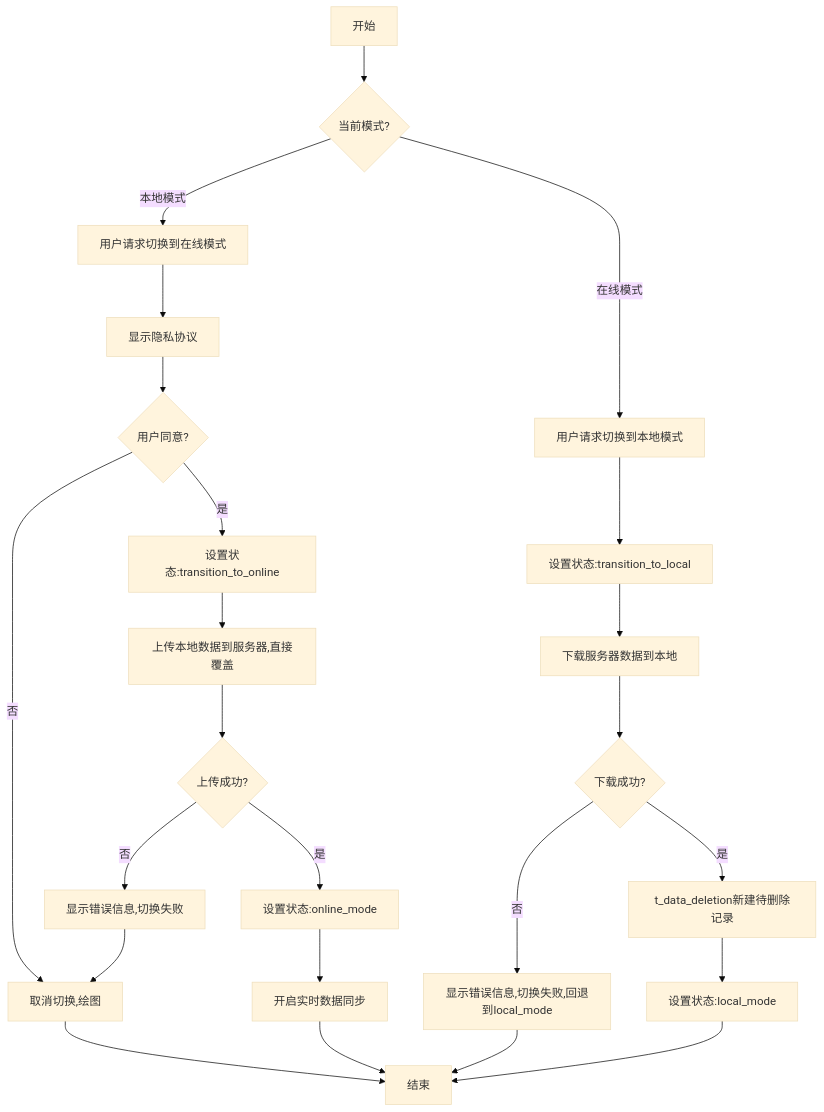
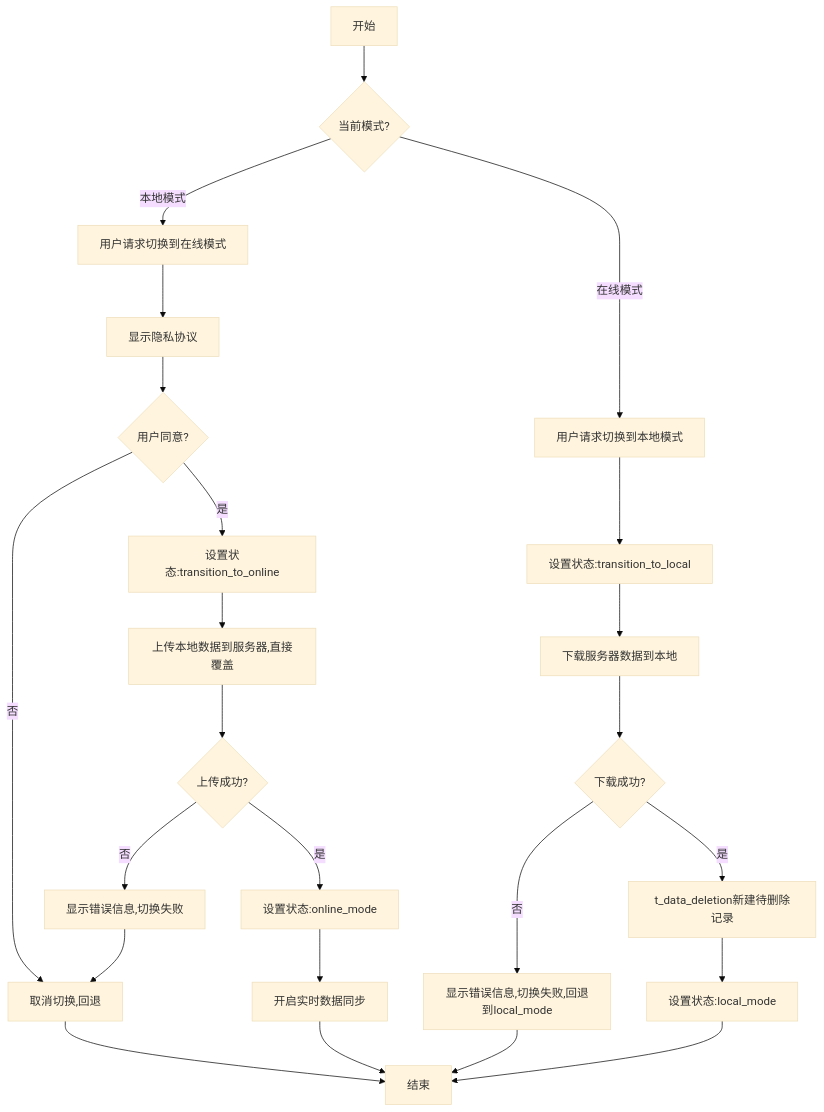
One commit to yingjianzh/iodraw-files changed the diagram in all/未命名-56.md. Above: the diagram before and after it, drawn with Mermaid (base theme).

Commit message:
2025-05-12 10:05:04 update

````diff
--- a/all/未命名-56.md
+++ b/all/未命名-56.md
@@ -1,33 +1,33 @@
 ```mermaid
 
 
 flowchart TD
     A[开始] --> B{当前模式?}
     
     B -->|本地模式| C[用户请求切换到在线模式]
     C --> F[显示隐私协议]
     F --> G{用户同意?}
-    G -->|否| H[取消切换,绘图]
+    G -->|否| H[取消切换,回退]
     H --> Z[结束]
     G -->|是| I[设置状态:transition_to_online]
     I --> O[上传本地数据到服务器,直接覆盖]
     O --> P{上传成功?}
     P -->|否| Q[显示错误信息,切换失败]
     Q --> H
     P -->|是| R[设置状态:online_mode]
     R --> S[开启实时数据同步]
     S --> Z
     
     B -->|在线模式| T[用户请求切换到本地模式]
     T --> U[设置状态:transition_to_local]
     U --> X[下载服务器数据到本地]
     X --> Y{下载成功?}
     Y -->|否| AA2[显示错误信息,切换失败,回退到local_mode]
     AA2 --> Z
     Y -->|是| AB2[t_data_deletion新建待删除记录]
 
 
     AB2 -->AE[设置状态:local_mode]
     AE --> Z
 
 ```
````
